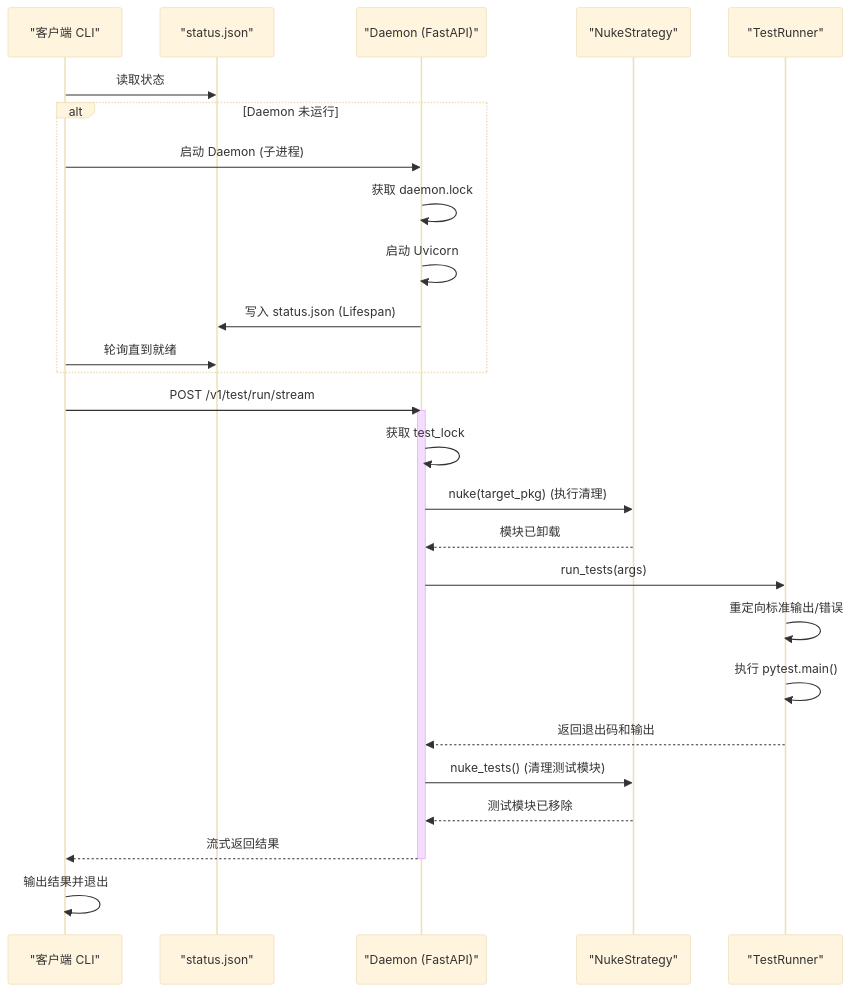
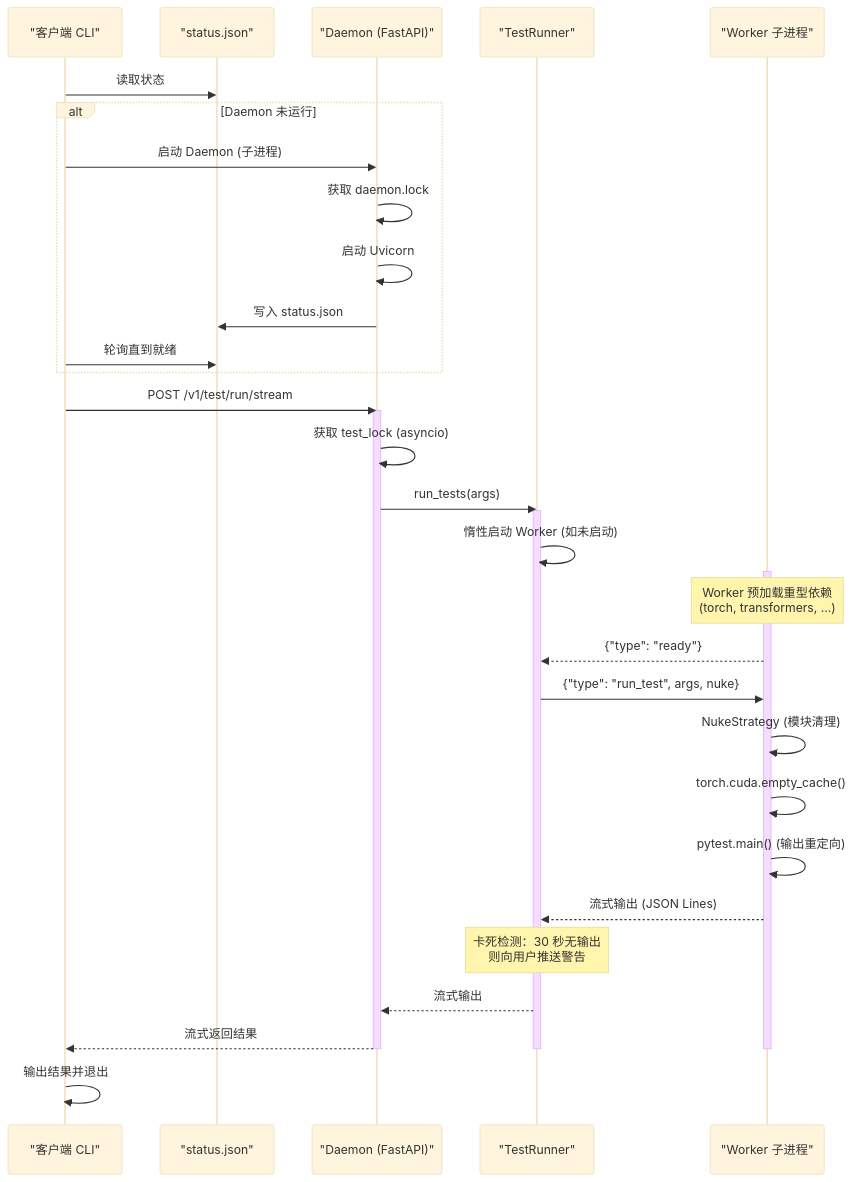
One commit to QingGo/sprintest changed the second of 2 diagrams in README_zh.md. Above: the diagram before and after it, drawn with Mermaid (base theme). The commit also changed other lines of this file and 10 other files, not shown here.

````diff
--- a/README_zh.md
+++ b/README_zh.md
@@ -61,32 +69,39 @@
 ```mermaid
 sequenceDiagram
     participant C as "客户端 CLI"
     participant S as "status.json"
     participant D as "Daemon (FastAPI)"
-    participant N as "NukeStrategy"
     participant R as "TestRunner"
+    participant W as "Worker 子进程"
 
     C->>S: 读取状态
     alt Daemon 未运行
         C->>D: 启动 Daemon (子进程)
         D->>D: 获取 daemon.lock
         D->>D: 启动 Uvicorn
-        D->>S: 写入 status.json (Lifespan)
+        D->>S: 写入 status.json
         C->>S: 轮询直到就绪
     end
 
     C->>D: POST /v1/test/run/stream
     activate D
-    D->>D: 获取 test_lock
-    D->>N: nuke(target_pkg) (执行清理)
-    N-->>D: 模块已卸载
+    D->>D: 获取 test_lock (asyncio)
     D->>R: run_tests(args)
-    R->>R: 重定向标准输出/错误
-    R->>R: 执行 pytest.main()
-    R-->>D: 返回退出码和输出
-    D->>N: nuke_tests() (清理测试模块)
-    N-->>D: 测试模块已移除
+    activate R
+    R->>R: 惰性启动 Worker (如未启动)
+    activate W
+    Note over W: Worker 预加载重型依赖<br/>(torch, transformers, ...)
+    W-->>R: {"type": "ready"}
+    R->>W: {"type": "run_test", args, nuke}
+    W->>W: NukeStrategy (模块清理)
+    W->>W: torch.cuda.empty_cache()
+    W->>W: pytest.main() (输出重定向)
+    W-->>R: 流式输出 (JSON Lines)
+    Note over R: 卡死检测：30 秒无输出<br/>则向用户推送警告
+    R-->>D: 流式输出
     D-->>C: 流式返回结果
+    deactivate W
+    deactivate R
     deactivate D
     C->>C: 输出结果并退出
 ```
````
